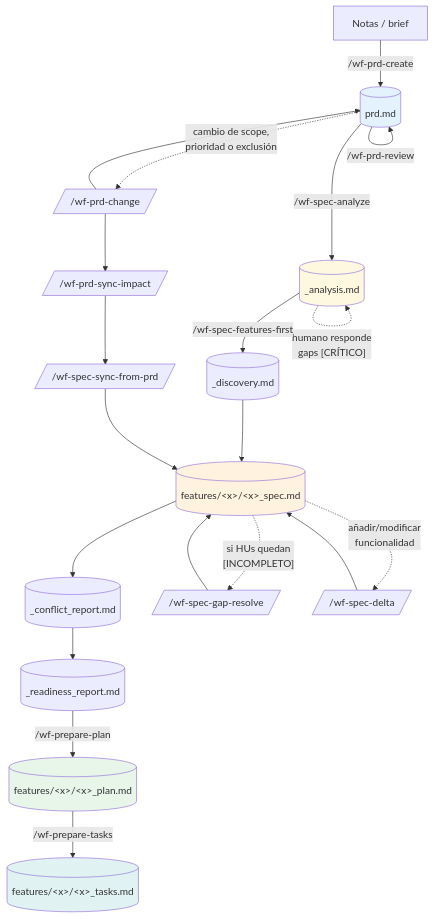
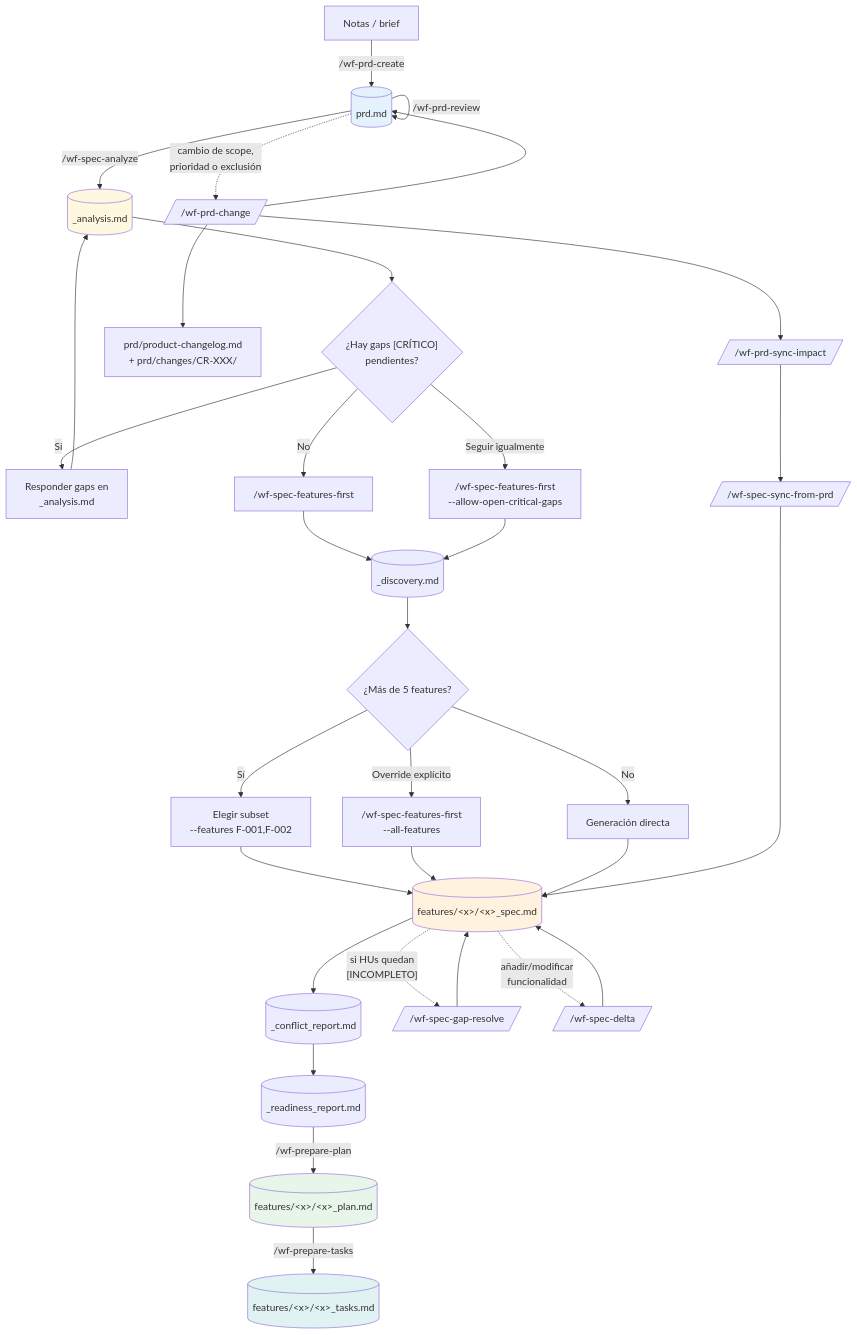
Before and after one commit to OspofeDeveloper/ai-dev-agents-lab: the second of 4 diagrams in sdd/DIAGRAMS.md, drawn with Mermaid. The commit also changed other lines of this file and 14 other files, not shown here.

````diff
--- a/sdd/DIAGRAMS.md
+++ b/sdd/DIAGRAMS.md
@@ -56,32 +56,44 @@
 ```mermaid
 flowchart TD
     Notes[Notas / brief]
     Notes -->|/wf-prd-create| PRD[(prd.md)]
     PRD -->|/wf-prd-review| PRD
     PRD -->|/wf-spec-analyze| Analysis[(_analysis.md)]
-    Analysis -.->|"humano responde<br/>gaps [CRÍTICO]"| Analysis
-    Analysis -->|/wf-spec-features-first| Discovery[(_discovery.md)]
-    Discovery --> Features[(features/&lt;x&gt;/&lt;x&gt;_spec.md)]
+    Analysis --> Decision{"¿Hay gaps [CRÍTICO]<br/>pendientes?"}
+    Decision -->|Sí| Resolve["Responder gaps en<br/>_analysis.md"]
+    Resolve --> Analysis
+    Decision -->|Seguir igualmente| OpenGaps["/wf-spec-features-first<br/>--allow-open-critical-gaps"]
+    Decision -->|No| FF["/wf-spec-features-first"]
+    FF --> Discovery[(_discovery.md)]
+    OpenGaps --> Discovery
+    Discovery --> Size{"¿Más de 5 features?"}
+    Size -->|Sí| Subset["Elegir subset<br/>--features F-001,F-002"]
+    Size -->|Override explícito| Full["/wf-spec-features-first<br/>--all-features"]
+    Size -->|No| Generate["Generación directa"]
+    Subset --> Features[(features/&lt;x&gt;/&lt;x&gt;_spec.md)]
+    Full --> Features
+    Generate --> Features
     Features --> Conflict[(_conflict_report.md)]
     Conflict --> Readiness[(_readiness_report.md)]
     Readiness -->|/wf-prepare-plan| PlanFile[(features/&lt;x&gt;/&lt;x&gt;_plan.md)]
     PlanFile -->|/wf-prepare-tasks| Tasks[(features/&lt;x&gt;/&lt;x&gt;_tasks.md)]
 
     Features -.->|"si HUs quedan<br/>[INCOMPLETO]"| GapResolve[/"/wf-spec-gap-resolve"/]
     GapResolve --> Features
 
     Features -.->|"añadir/modificar<br/>funcionalidad"| Delta[/"/wf-spec-delta"/]
     Delta --> Features
 
     PRD -.->|"cambio de scope,<br/>prioridad o exclusión"| Change[/"/wf-prd-change"/]
     Change --> PRD
+    Change --> ChangeFiles["prd/product-changelog.md<br/>+ prd/changes/CR-XXX/"]
     Change --> Impact[/"/wf-prd-sync-impact"/]
     Impact --> Sync[/"/wf-spec-sync-from-prd"/]
     Sync --> Features
 
     style PRD fill:#e3f2fd
     style Analysis fill:#fff8e1
     style Features fill:#fff3e0
     style PlanFile fill:#e8f5e9
     style Tasks fill:#e0f2f1
 ```
````
